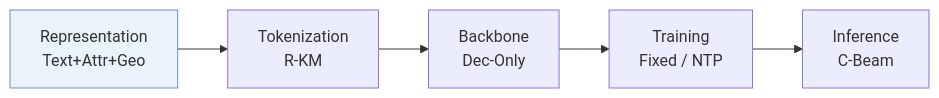
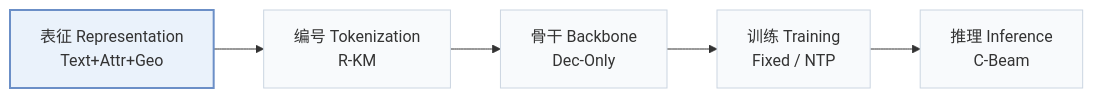
One commit to Galaxy-ghost/Awesome-SID-Generative-Rec changed the first of 2 diagrams in pages/zh/papers/hf-sid.md. Above: the diagram before and after it, drawn with Mermaid. The commit also changed other lines of this file and 649 other files, not shown here.

Commit message:
writer-05: also tags and modality index (schema, check, build, visuals); summary field removed; calibration data for 12 papers

````diff
--- a/pages/zh/papers/hf-sid.md
+++ b/pages/zh/papers/hf-sid.md
@@ -13,6 +15,8 @@
 ```mermaid
 flowchart LR
-    R["Representation<br/>Text+Attr+Geo"] --> T["Tokenization<br/>R-KM"] --> B["Backbone<br/>Dec-Only"] --> TR["Training<br/>Fixed / NTP"] --> I["Inference<br/>C-Beam"]
-    classDef main fill:#eaf2fb,stroke:#6b8fc7
+    R["表征 Representation<br/>Text+Attr+Geo"] --> T["编号 Tokenization<br/>R-KM"] --> B["骨干 Backbone<br/>Dec-Only"] --> TR["训练 Training<br/>Fixed / NTP"] --> I["推理 Inference<br/>C-Beam"]
+    classDef base fill:#f8fafc,stroke:#cbd5e1
+    class R,T,B,TR,I base
+    classDef main fill:#eaf2fb,stroke:#6b8fc7,stroke-width:2px
     class R main
 ```
````
